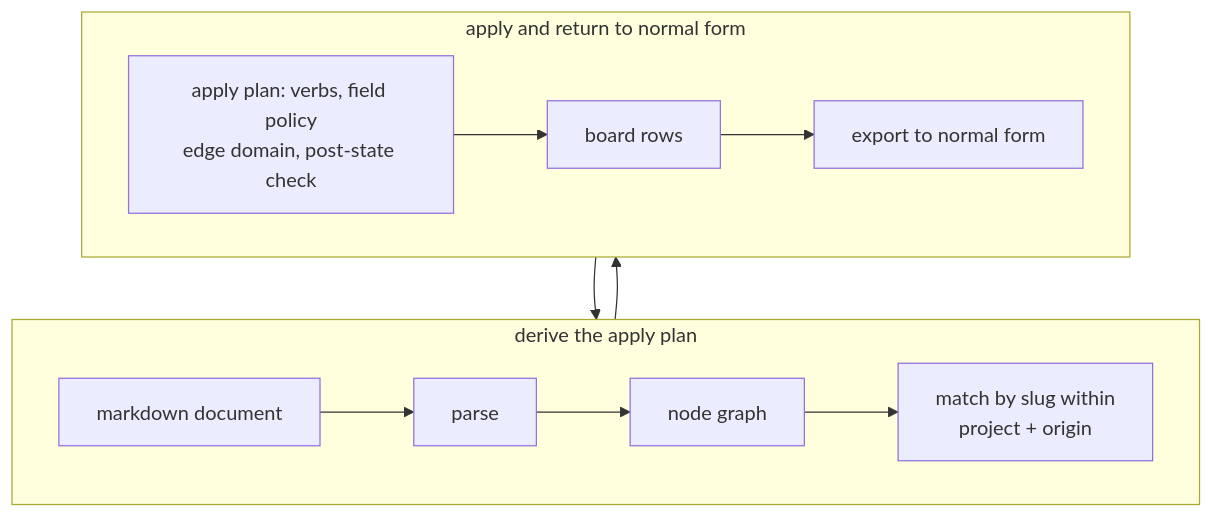
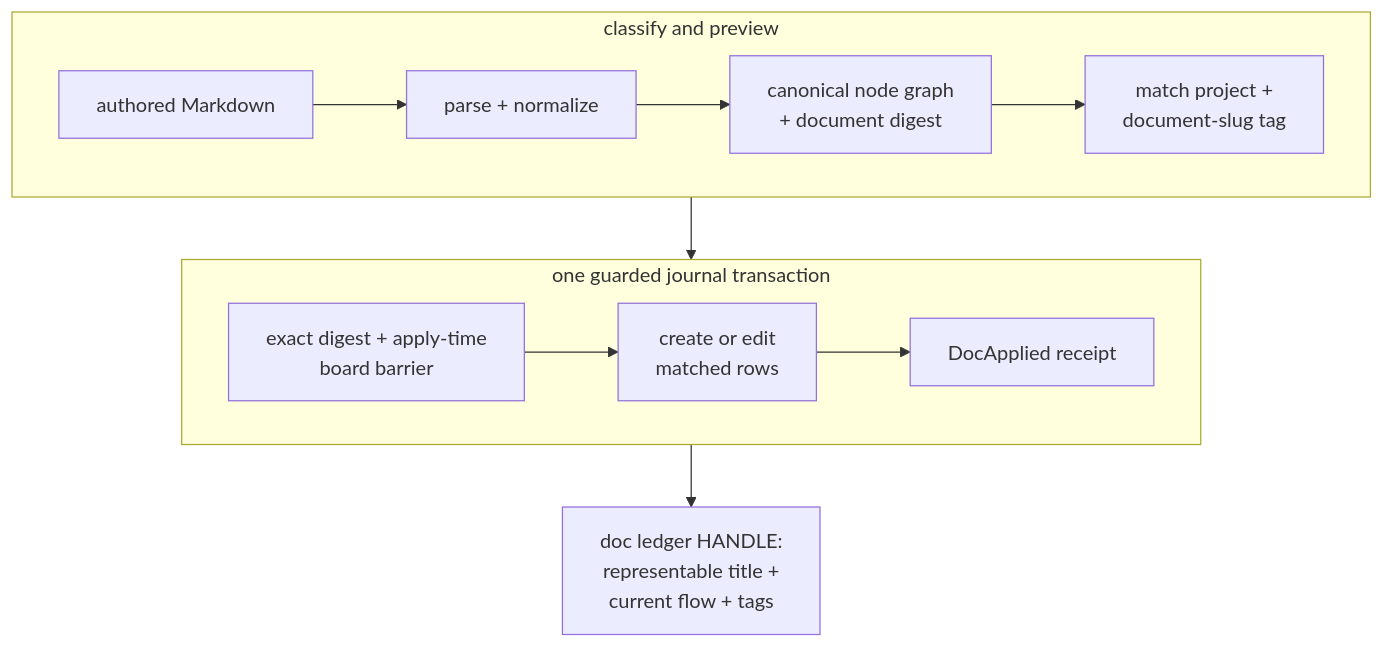
One commit to infimalabs/spice-rust changed the first of 13 diagrams in docs/product/interfaces.md. Above: the diagram before and after it, drawn with Mermaid. The commit also changed other lines of this file and 71 other files, not shown here.

````diff
--- a/docs/product/interfaces.md
+++ b/docs/product/interfaces.md
@@ -18,16 +25,16 @@
 ```mermaid
 flowchart TD
-  subgraph PLAN["derive the apply plan"]
+  subgraph PLAN["classify and preview"]
     direction LR
-    MD["markdown document"] --> P[parse]
-    P --> G["node graph"]
-    G --> M["match by slug within<br/>project + origin"]
+    MD["authored Markdown"] --> P["parse + normalize"]
+    P --> G["canonical node graph<br/>+ document digest"]
+    G --> M["match project +<br/>document-slug tag"]
   end
-  subgraph APPLY["apply and return to normal form"]
+  subgraph APPLY["one guarded journal transaction"]
     direction LR
-    PL["apply plan: verbs, field policy<br/>edge domain, post-state check"] --> B["board rows"]
-    B --> E["export to normal form"]
+    PL["exact digest + apply-time<br/>board barrier"] --> B["create or edit<br/>matched rows"]
+    B --> R["DocApplied receipt"]
   end
   M --> PL
-  E --> MD
+  B --> L["doc ledger HANDLE:<br/>representable title +<br/>current flow + tags"]
 ```
````
